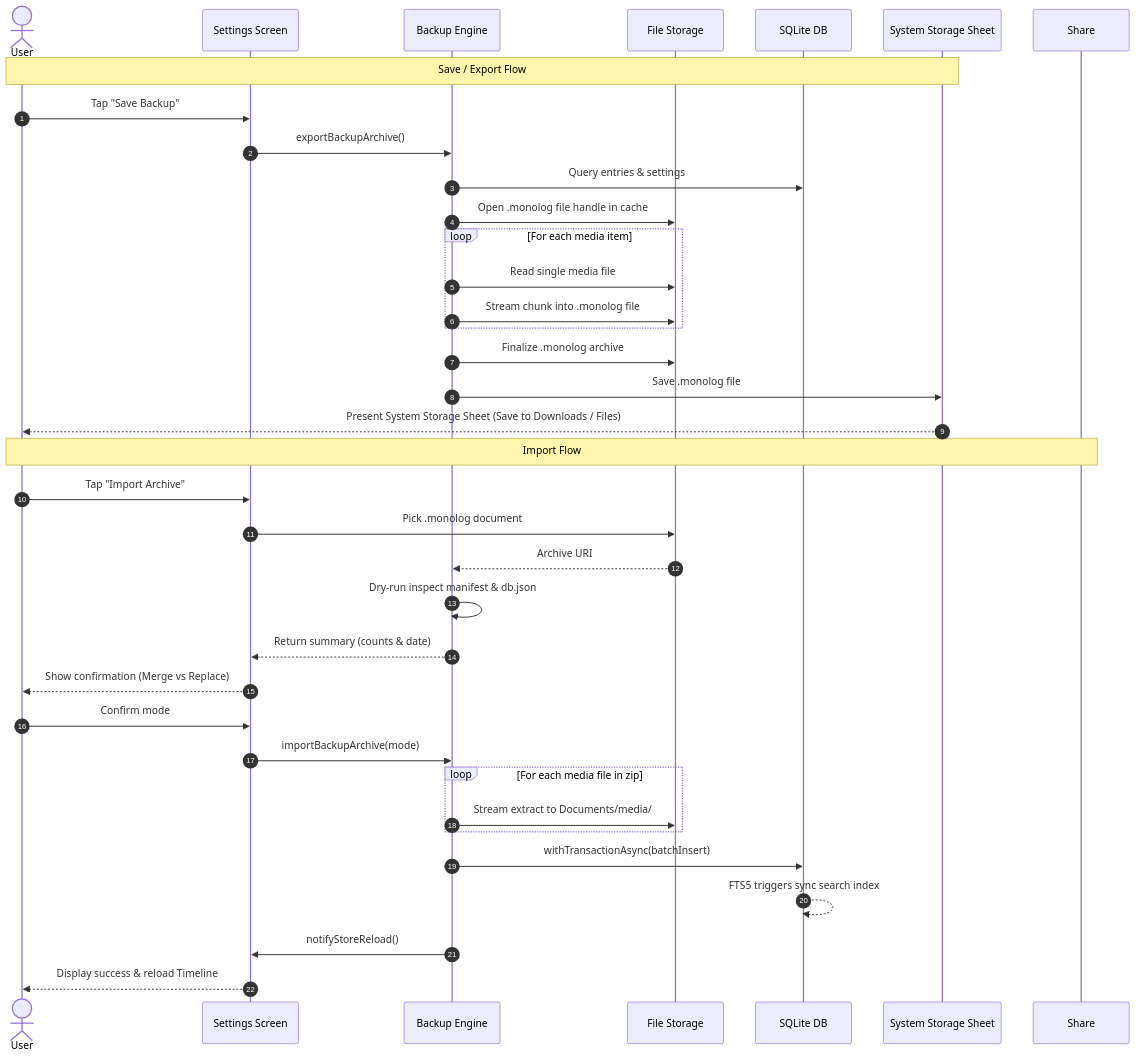
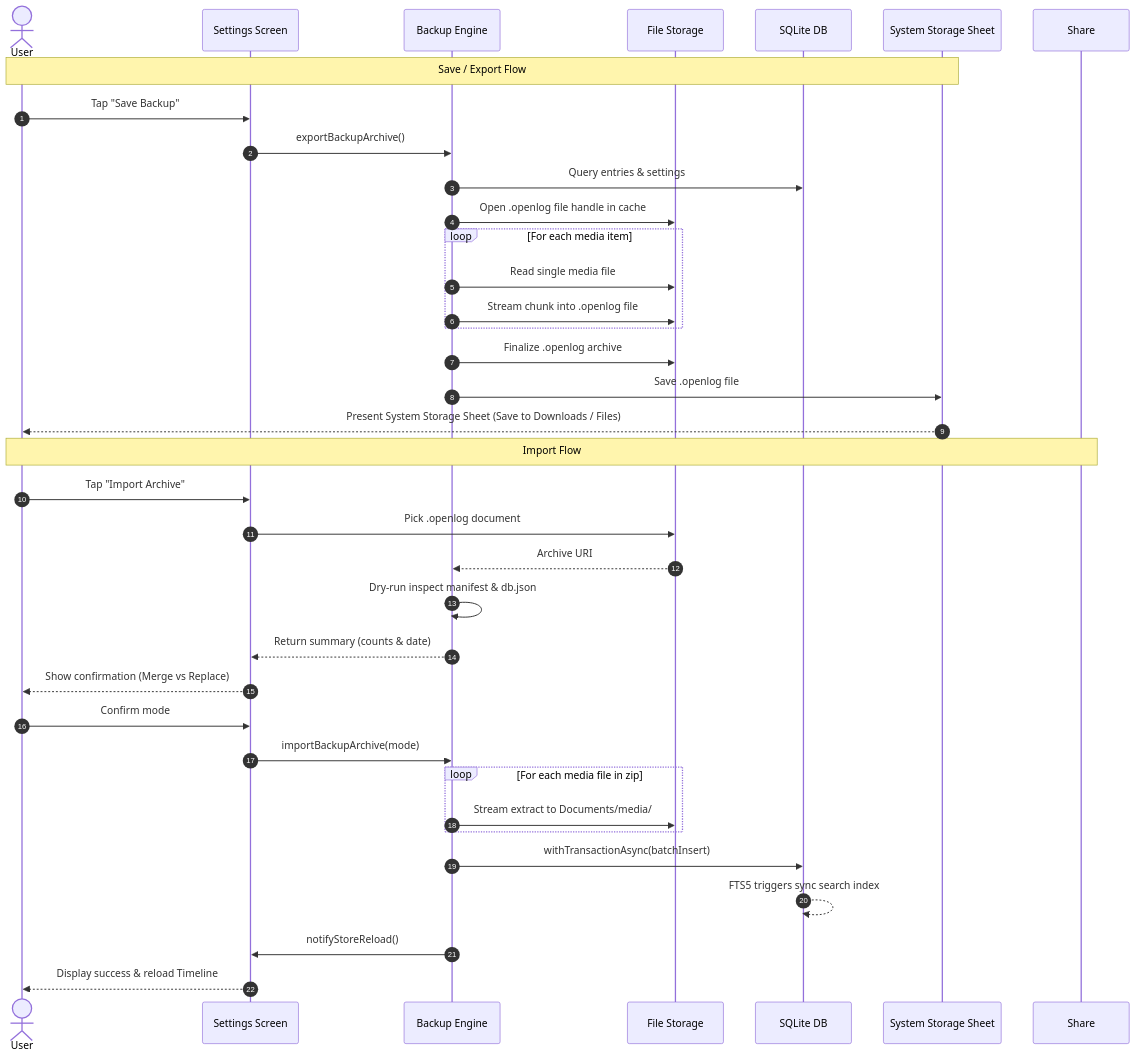
Before and after one commit to rwitesh/openlog: the diagram in docs/BACKUP_SYSTEM_DESIGN.md, drawn with Mermaid. The commit also changed other lines of this file and 26 other files, not shown here.

Commit message:
Rename product to OpenLog and unify archive config

````diff
--- a/docs/BACKUP_SYSTEM_DESIGN.md
+++ b/docs/BACKUP_SYSTEM_DESIGN.md
@@ -99,40 +99,40 @@
 ```mermaid
 sequenceDiagram
     autonumber
     actor User
     participant UI as Settings Screen
     participant Engine as Backup Engine
     participant Disk as File Storage
     participant DB as SQLite DB
     participant Storage as System Storage Sheet
 
     Note over User,Storage: Save / Export Flow
     User->>UI: Tap "Save Backup"
     UI->>Engine: exportBackupArchive()
     Engine->>DB: Query entries & settings
-    Engine->>Disk: Open .monolog file handle in cache
+    Engine->>Disk: Open .openlog file handle in cache
     loop For each media item
         Engine->>Disk: Read single media file
-        Engine->>Disk: Stream chunk into .monolog file
+        Engine->>Disk: Stream chunk into .openlog file
     end
-    Engine->>Disk: Finalize .monolog archive
-    Engine->>Storage: Save .monolog file
+    Engine->>Disk: Finalize .openlog archive
+    Engine->>Storage: Save .openlog file
     Storage-->>User: Present System Storage Sheet (Save to Downloads / Files)
 
     Note over User,Share: Import Flow
     User->>UI: Tap "Import Archive"
-    UI->>Disk: Pick .monolog document
+    UI->>Disk: Pick .openlog document
     Disk-->>Engine: Archive URI
     Engine->>Engine: Dry-run inspect manifest & db.json
     Engine-->>UI: Return summary (counts & date)
     UI-->>User: Show confirmation (Merge vs Replace)
     User->>UI: Confirm mode
     UI->>Engine: importBackupArchive(mode)
     loop For each media file in zip
         Engine->>Disk: Stream extract to Documents/media/
     end
     Engine->>DB: withTransactionAsync(batchInsert)
     DB-->>DB: FTS5 triggers sync search index
     Engine->>UI: notifyStoreReload()
     UI-->>User: Display success & reload Timeline
 ```
````
